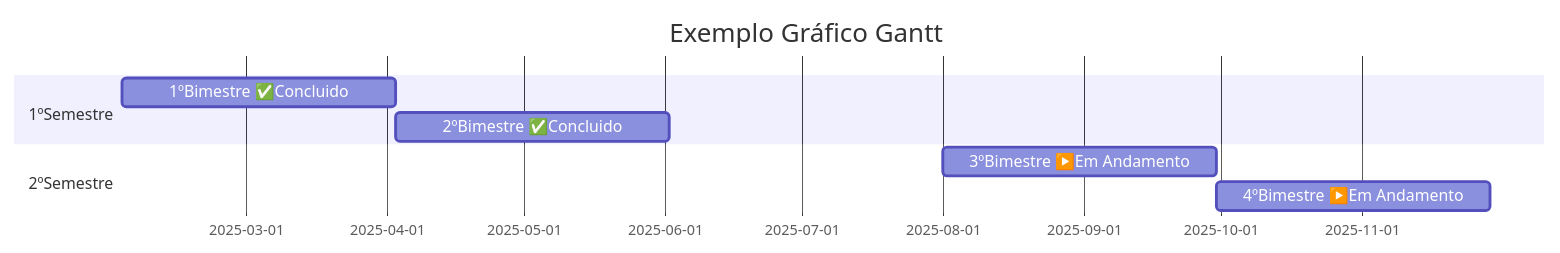
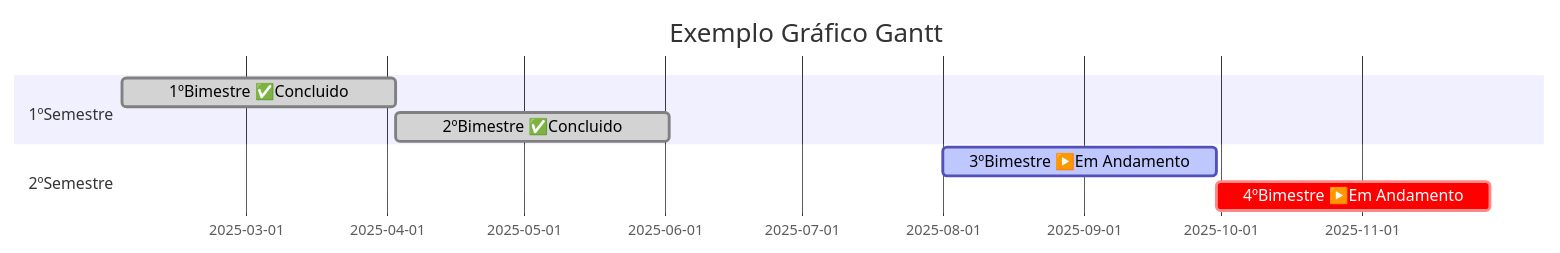
One commit to LucasBParada/dw3-grafico-g changed the third of 3 diagrams in README.md. Above: the diagram before and after it, drawn with Mermaid.

````diff
--- a/README.md
+++ b/README.md
@@ -20,11 +20,11 @@
 ```mermaid
 gantt
 title Exemplo Gráfico Gantt
 dateFormat YYYY-MM-DD
 section 1ºSemestre
-1ºBimestre ✅Concluido:a1, 2025-02-02, 60d
-2ºBimestre ✅Concluido:a2,after a1, 60d
+1ºBimestre ✅Concluido:done, a1, 2025-02-02, 60d
+2ºBimestre ✅Concluido:done, a2, after a1, 60d
 section 2ºSemestre
-3ºBimestre ▶️Em Andamento:a3, 2025-08-01, 60d
-4ºBimestre ▶️Em Andamento:a4, after a3, 60d 
+3ºBimestre ▶️Em Andamento: active, a3, 2025-08-01, 60d
+4ºBimestre ▶️Em Andamento: crit, a4, after a3, 60d 
 ```
````
